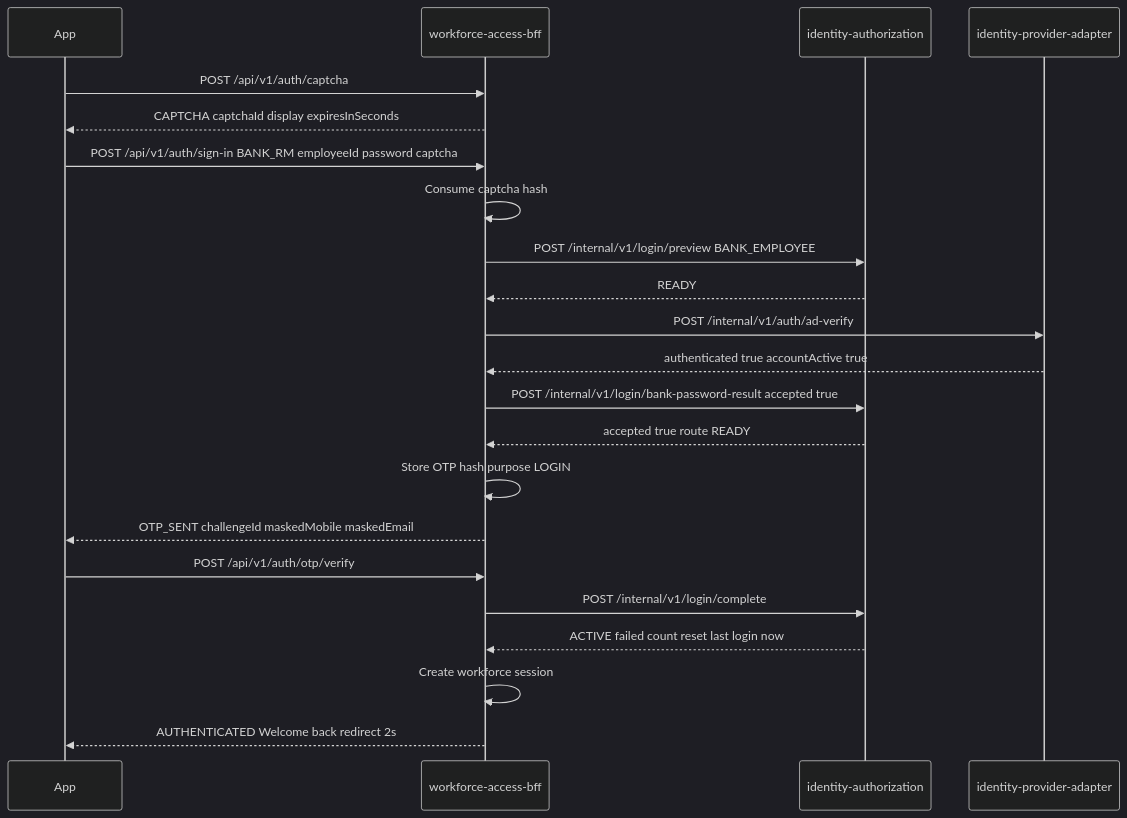
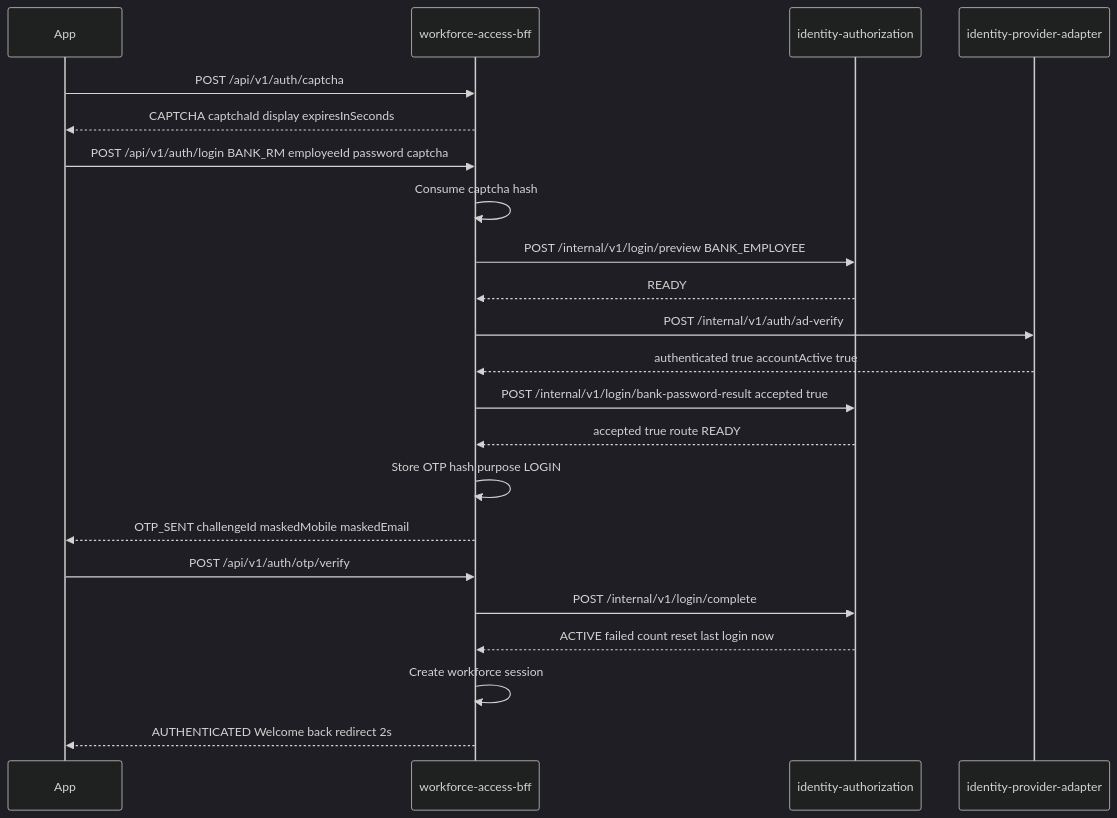
One commit to Mahesh38/bank-insurance-platform changed the third of 9 diagrams in docs/journey-execution/flows/LOGIN-BRD-V31-API-FLOWS.md. Above: the diagram before and after it, drawn with Mermaid (dark theme). The commit also changed other lines of this file and 29 other files, not shown here.

First line of the commit message:
SUG-20261028-1lg — one Login BRD auth surface (retire IAM-001 dual login) (#165)

````diff
--- a/docs/journey-execution/flows/LOGIN-BRD-V31-API-FLOWS.md
+++ b/docs/journey-execution/flows/LOGIN-BRD-V31-API-FLOWS.md
@@ -136,24 +137,24 @@
 ```mermaid
 sequenceDiagram
   participant App
   participant BFF as workforce-access-bff
   participant Authz as identity-authorization
   participant Adapter as identity-provider-adapter
   App->>BFF: POST /api/v1/auth/captcha
   BFF-->>App: CAPTCHA captchaId display expiresInSeconds
-  App->>BFF: POST /api/v1/auth/sign-in BANK_RM employeeId password captcha
+  App->>BFF: POST /api/v1/auth/login BANK_RM employeeId password captcha
   BFF->>BFF: Consume captcha hash
   BFF->>Authz: POST /internal/v1/login/preview BANK_EMPLOYEE
   Authz-->>BFF: READY
   BFF->>Adapter: POST /internal/v1/auth/ad-verify
   Adapter-->>BFF: authenticated true accountActive true
   BFF->>Authz: POST /internal/v1/login/bank-password-result accepted true
   Authz-->>BFF: accepted true route READY
   BFF->>BFF: Store OTP hash purpose LOGIN
   BFF-->>App: OTP_SENT challengeId maskedMobile maskedEmail
   App->>BFF: POST /api/v1/auth/otp/verify
   BFF->>Authz: POST /internal/v1/login/complete
   Authz-->>BFF: ACTIVE failed count reset last login now
   BFF->>BFF: Create workforce session
   BFF-->>App: AUTHENTICATED Welcome back redirect 2s
 ```
````
